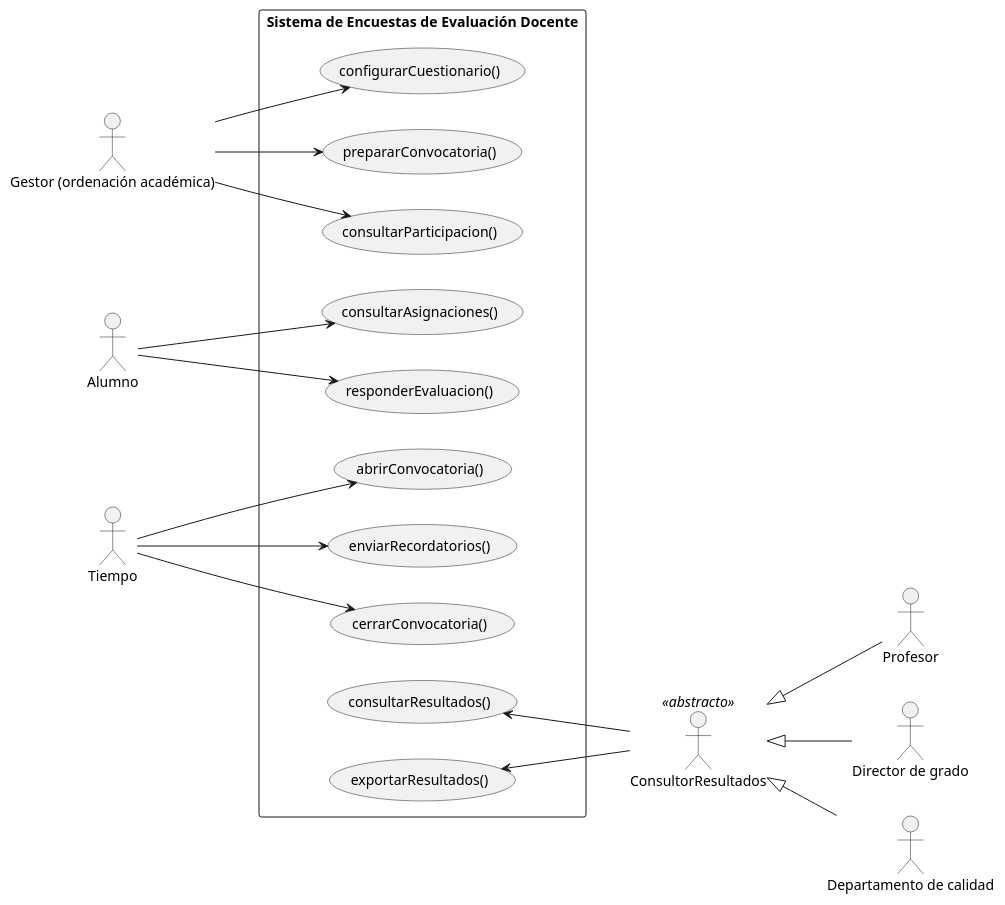
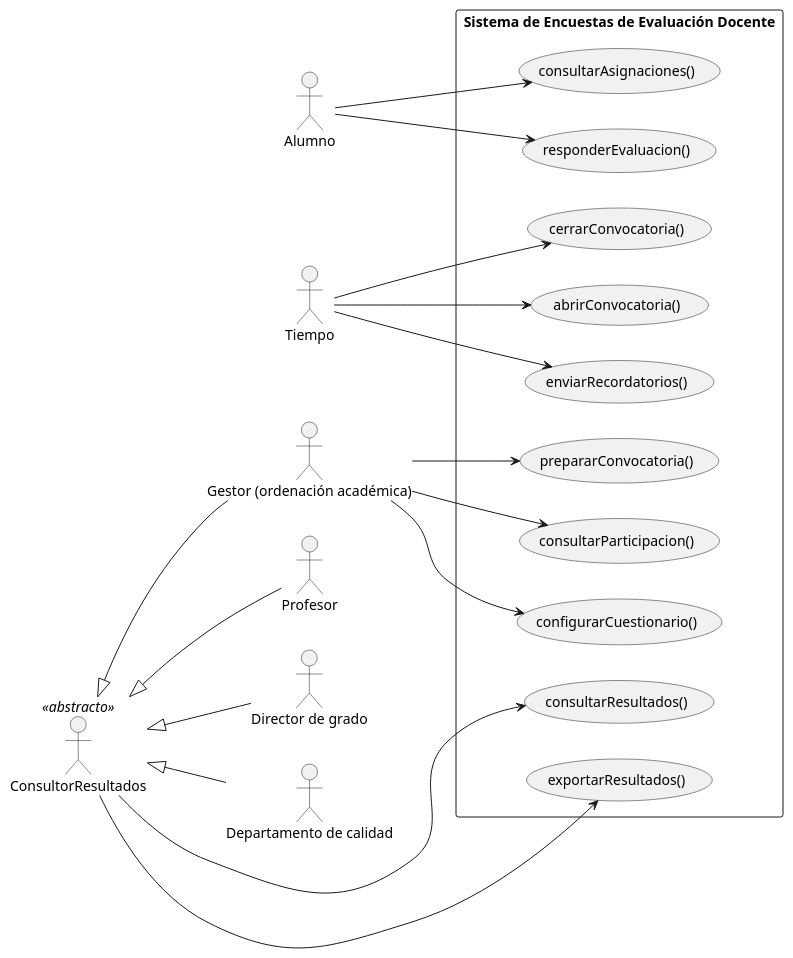
Before and after one commit to Raultascon/26-27-IdSw1-SDR: the diagram in documentos/casos-uso/diagramas/actoresCasosUso.puml, drawn with PlantUML. The commit also changed 1 other file, not shown here.

Commit message:
fix(cu): asocia consulta y exportación de resultados al Gestor [refs #22]
cerrarConvocatoria() pone los resultados a disposición de gestión y la sesión 01 indica que el administrador puede ver todas las respuestas. El Gestor pasa a heredar de ConsultorResultados.

```diff
--- a/documentos/casos-uso/diagramas/actoresCasosUso.puml
+++ b/documentos/casos-uso/diagramas/actoresCasosUso.puml
@@ -1,43 +1,44 @@
 @startuml actoresCasosUso
 left to right direction
 
 actor "Gestor (ordenación académica)" as Gestor
 actor "Alumno" as Alumno
 actor "Tiempo" as Tiempo
 
 rectangle "Sistema de Encuestas de Evaluación Docente" {
   usecase configurarCuestionario as "configurarCuestionario()"
   usecase prepararConvocatoria as "prepararConvocatoria()"
   usecase consultarParticipacion as "consultarParticipacion()"
   usecase consultarAsignaciones as "consultarAsignaciones()"
   usecase responderEvaluacion as "responderEvaluacion()"
   usecase abrirConvocatoria as "abrirConvocatoria()"
   usecase enviarRecordatorios as "enviarRecordatorios()"
   usecase cerrarConvocatoria as "cerrarConvocatoria()"
   usecase consultarResultados as "consultarResultados()"
   usecase exportarResultados as "exportarResultados()"
 }
 
 actor "ConsultorResultados" as ConsultorResultados <<abstracto>>
 actor "Profesor" as Profesor
 actor "Director de grado" as DirectorGrado
 actor "Departamento de calidad" as Calidad
 
 Gestor --> configurarCuestionario
 Gestor --> prepararConvocatoria
 Gestor --> consultarParticipacion
 
 Alumno --> consultarAsignaciones
 Alumno --> responderEvaluacion
 
 Tiempo --> abrirConvocatoria
 Tiempo --> enviarRecordatorios
 Tiempo --> cerrarConvocatoria
 
 consultarResultados <-- ConsultorResultados
 exportarResultados <-- ConsultorResultados
 
 ConsultorResultados <|-- Profesor
 ConsultorResultados <|-- DirectorGrado
 ConsultorResultados <|-- Calidad
+ConsultorResultados <|-- Gestor
 @enduml
```
